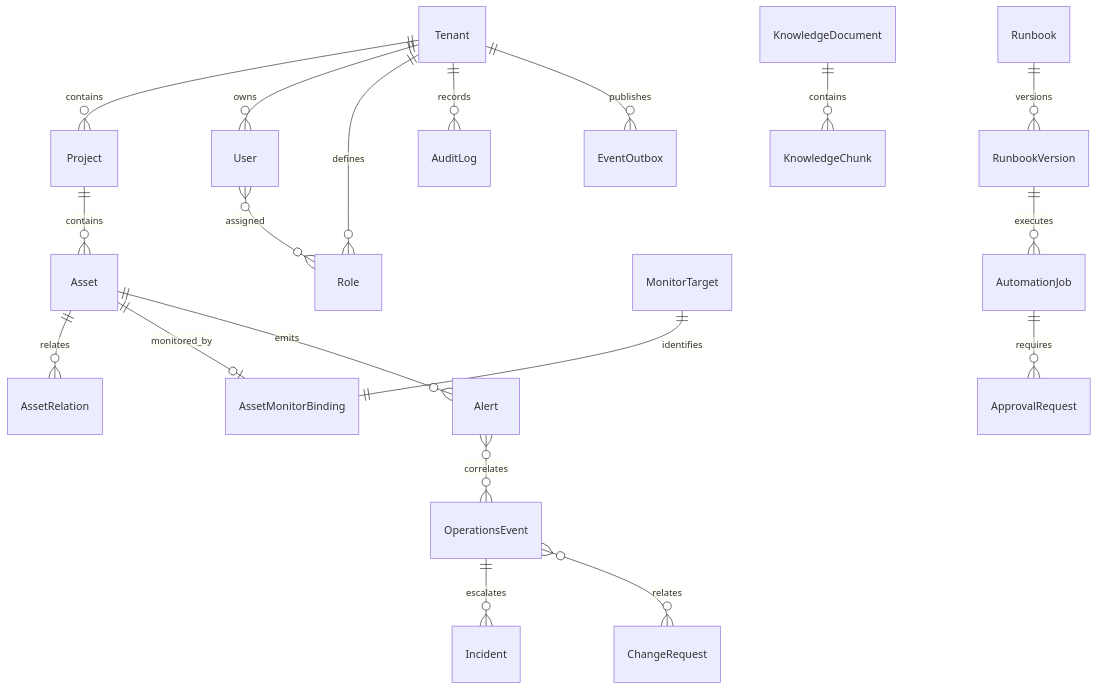
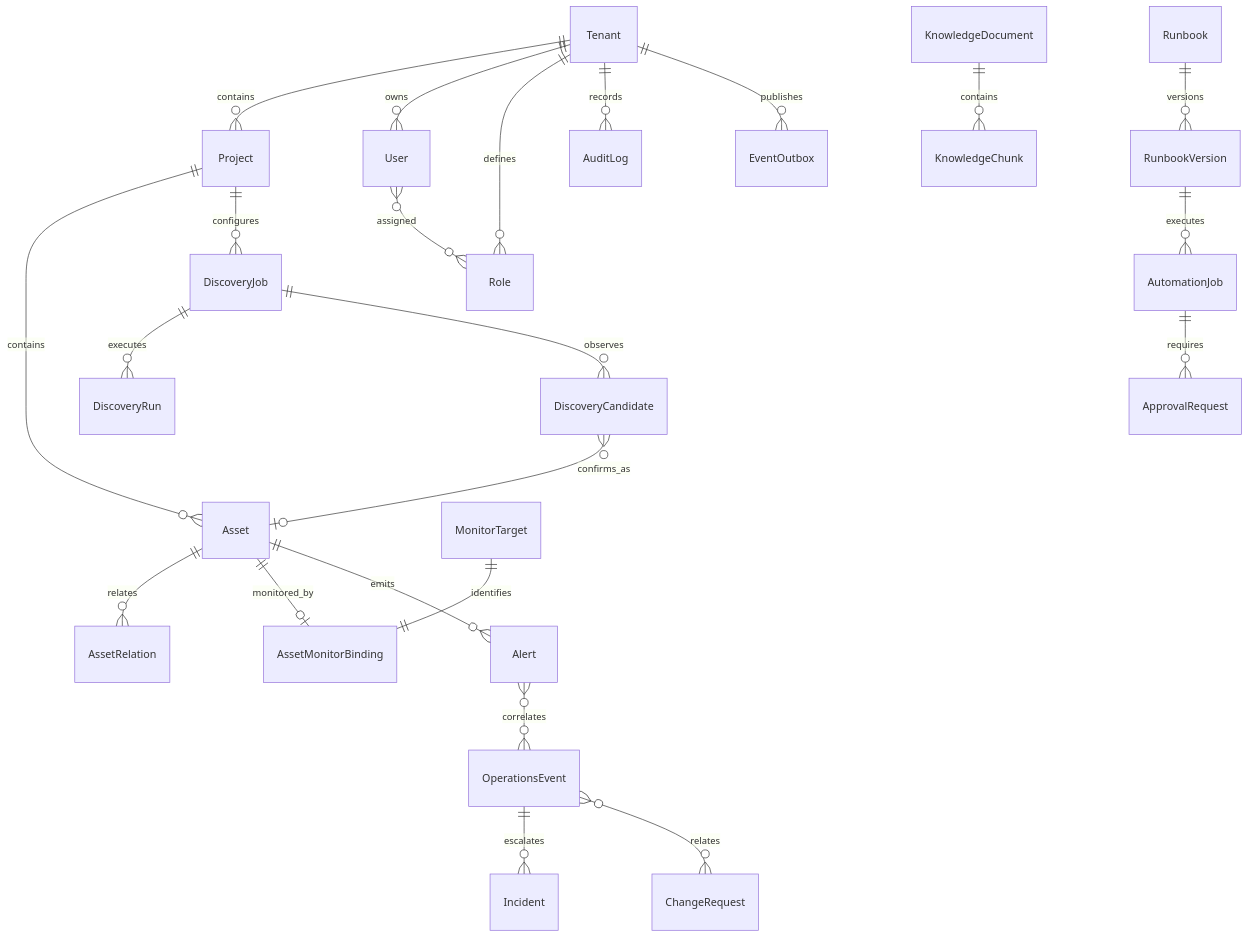
Before and after one commit to AniMeQin/aiops-x-enterprise-new: the diagram in docs/DATA_MODEL.md, drawn with Mermaid. The commit also changed other lines of this file and 17 other files, not shown here.

Commit message:
feat: add evidence-backed asset discovery

````diff
--- a/docs/DATA_MODEL.md
+++ b/docs/DATA_MODEL.md
@@ -6,21 +6,25 @@
 ```mermaid
 erDiagram
   Tenant ||--o{ Project : contains
   Tenant ||--o{ User : owns
   Tenant ||--o{ Role : defines
   User }o--o{ Role : assigned
   Project ||--o{ Asset : contains
   Asset ||--o{ AssetRelation : relates
   Asset ||--o| AssetMonitorBinding : monitored_by
   MonitorTarget ||--|| AssetMonitorBinding : identifies
+  Project ||--o{ DiscoveryJob : configures
+  DiscoveryJob ||--o{ DiscoveryRun : executes
+  DiscoveryJob ||--o{ DiscoveryCandidate : observes
+  DiscoveryCandidate }o--o| Asset : confirms_as
   Asset ||--o{ Alert : emits
   Alert }o--o{ OperationsEvent : correlates
   OperationsEvent ||--o{ Incident : escalates
   OperationsEvent }o--o{ ChangeRequest : relates
   Runbook ||--o{ RunbookVersion : versions
   RunbookVersion ||--o{ AutomationJob : executes
   AutomationJob ||--o{ ApprovalRequest : requires
   KnowledgeDocument ||--o{ KnowledgeChunk : contains
   Tenant ||--o{ AuditLog : records
   Tenant ||--o{ EventOutbox : publishes
 ```
````
